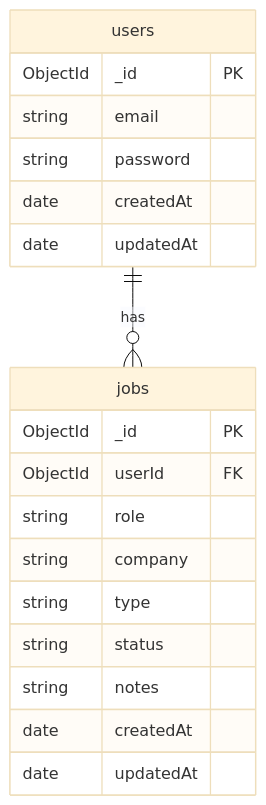
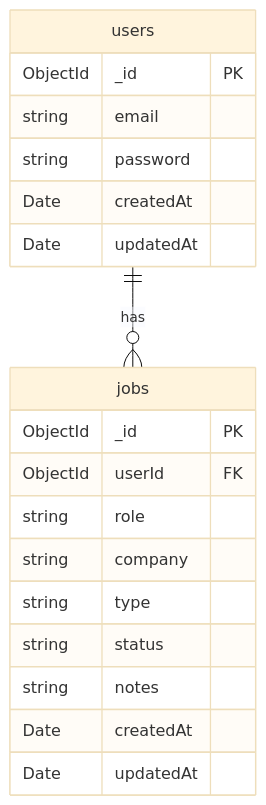
Before and after one commit to klbdev/Job-Tracker-App: the diagram in README.md, drawn with Mermaid (base theme).

````diff
--- a/README.md
+++ b/README.md
@@ -13,23 +13,23 @@
 ```mermaid
 erDiagram
     users ||--o{ jobs : "has"
     users {
         ObjectId _id PK
         string email
         string password
-        date createdAt
-        date updatedAt
+        Date createdAt
+        Date updatedAt
     }
     jobs {
         ObjectId _id PK
         ObjectId userId FK
         string role
         string company
         string type
         string status
         string notes
-        date createdAt
-        date updatedAt
+        Date createdAt
+        Date updatedAt
     }
 
 ```
````
